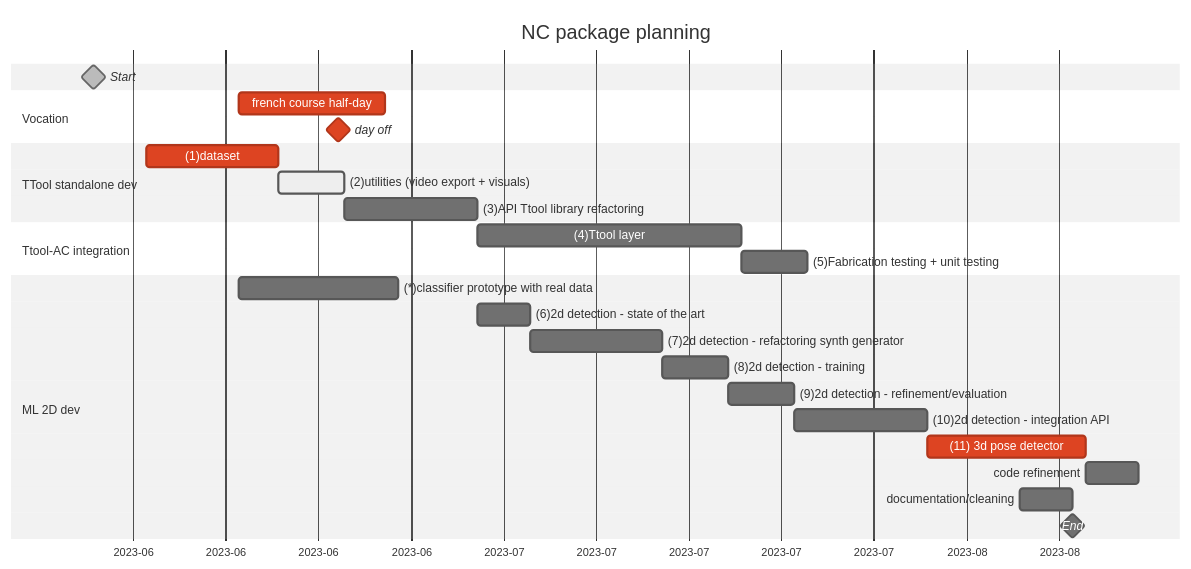
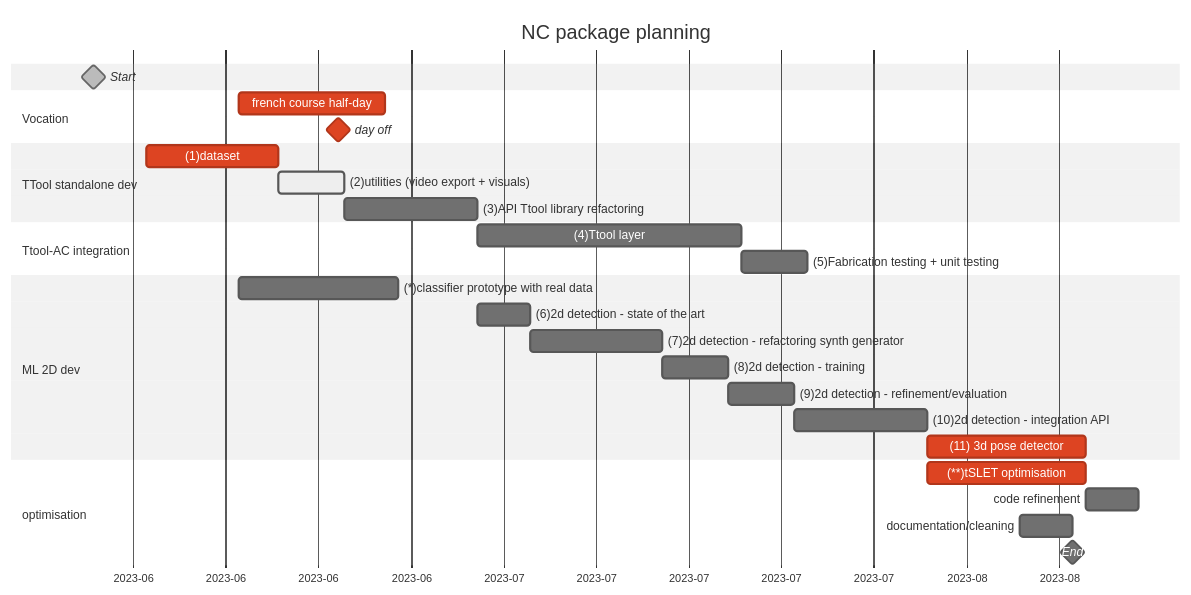
One commit to ibois-epfl/TTool changed the first of 3 diagrams in README.md. Above: the diagram before and after it, drawn with Mermaid (neutral theme). The commit also changed other lines of this file, not shown here.

````diff
--- a/README.md
+++ b/README.md
@@ -10,35 +10,38 @@
 ```mermaid
 gantt
     dateFormat  YYYY-MM-DD
     title       NC package planning
     axisFormat %Y-%m
 
     Start                                                     :milestone, done, strt, 2023-06-01, 0d
 
     section Vocation
     french course half-day                                    :crit, 2023-06-12, 2023-06-23
     day off                                                   :crit, milestone, 2023-06-16
 
     section TTool standalone dev
     (1)dataset                                                   :crit, dtset, 2023-06-05, 10d
     (2)utilities (video export + visuals)                        :active, util, after dtset, 5d
     (3)API Ttool library refactoring                             :apirefct, after util, 10d
 
     section Ttool-AC integration
     (4)Ttool layer                                               :ttollay, after apirefct, 20d
     (5)Fabrication testing + unit testing                        :ftref, after ttollay, 5d
 
     section ML 2D dev
     (*)classifier prototype with real data                       :classrdata, 2023-06-12, 2023-06-24
     (6)2d detection - state of the art                           :2ddetsota, after apirefct, 4d
     (7)2d detection - refactoring synth generator                :2ddetref, after 2ddetsota, 10d
     (8)2d detection - training                                   :2ddettra, after 2ddetref, 5d
     (9)2d detection - refinement/evaluation                      :2ddetrefin, after 2ddettra, 5d
     (10)2d detection - integration API                           :2ddetinteg, after 2ddetrefin, 10d
     (11) 3d pose detector                                        :crit, 3dposde, after 2ddetinteg, 12d
 
+    section optimisation
+    (**)tSLET optimisation                                        :crit, optim, after 2ddetinteg, 12d
+
     code refinement                                           :ref, after 3dposde, 4d
     documentation/cleaning                                    :docclean, 2023-08-10, 2023-08-14
 
     End                                                       :milestone, ender, 2023-08-14, 0d
 ```
````
